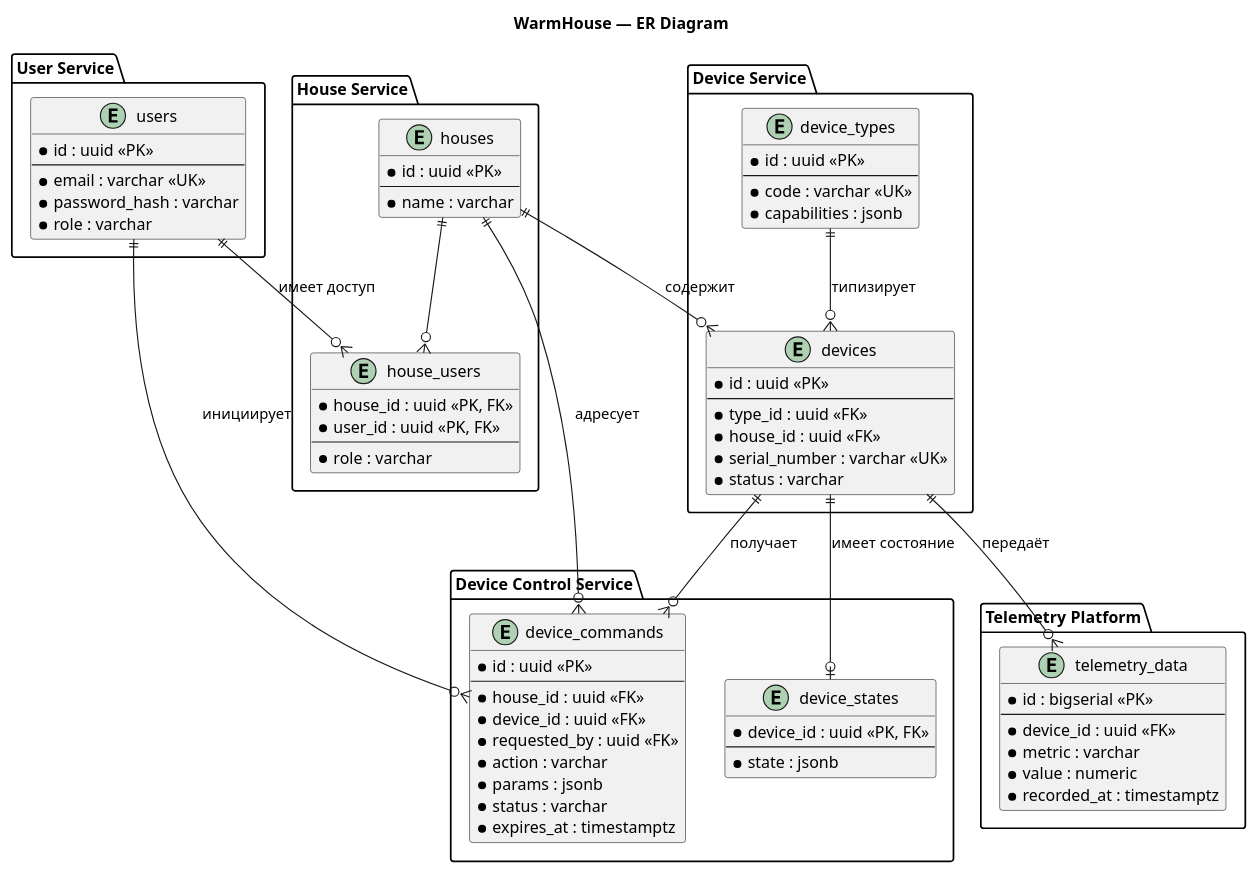
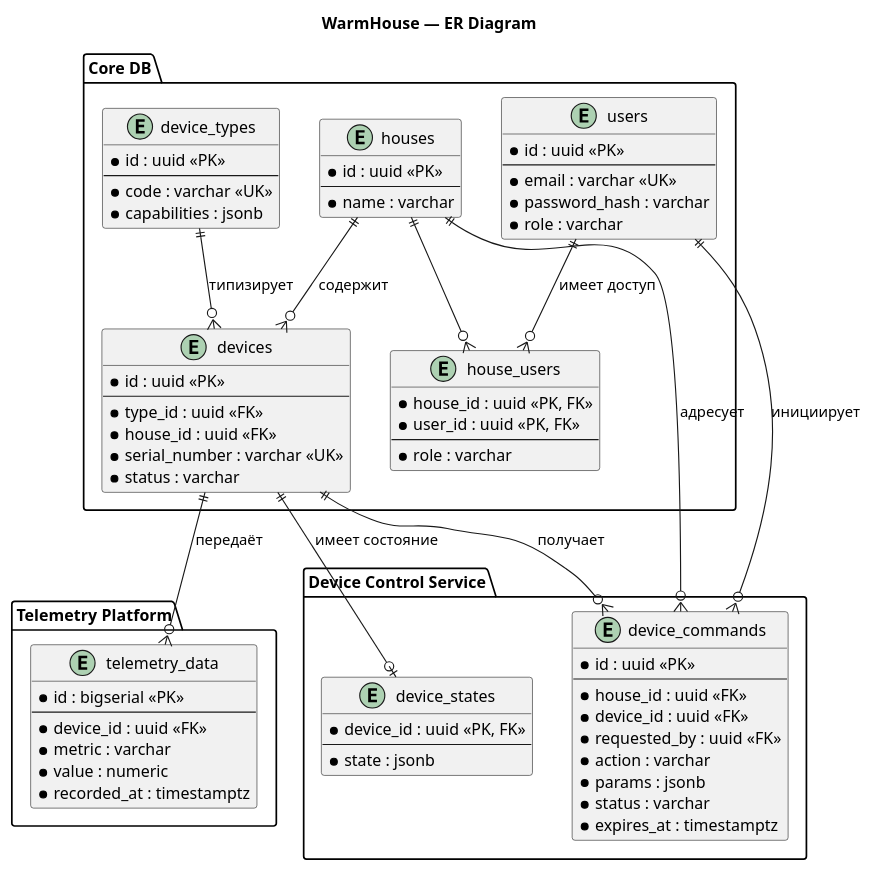
One commit to gadtakoi/architecture-pro-warmhouse changed the diagram in diagrams/Task_3_ER.puml. Above: the diagram before and after it, drawn with PlantUML.

```diff
--- a/diagrams/Task_3_ER.puml
+++ b/diagrams/Task_3_ER.puml
@@ -1,94 +1,88 @@
 @startuml
 title WarmHouse — ER Diagram
 
 
-package "User Service" {
+package "Core DB" {
 
   entity "users" as users {
     * id : uuid <<PK>>
     --
     * email : varchar <<UK>>
     * password_hash : varchar
     * role : varchar
   }
-}
-
-package "House Service" {
 
   entity "houses" as houses {
     * id : uuid <<PK>>
     --
     * name : varchar
   }
 
   entity "house_users" as house_users {
     * house_id : uuid <<PK, FK>>
     * user_id : uuid <<PK, FK>>
     --
     * role : varchar
   }
-}
-
-package "Device Service" {
 
   entity "device_types" as device_types {
     * id : uuid <<PK>>
     --
     * code : varchar <<UK>>
     * capabilities : jsonb
   }
 
   entity "devices" as devices {
     * id : uuid <<PK>>
     --
     * type_id : uuid <<FK>>
     * house_id : uuid <<FK>>
     * serial_number : varchar <<UK>>
     * status : varchar
   }
 }
 
 package "Device Control Service" {
 
   entity "device_states" as device_states {
     * device_id : uuid <<PK, FK>>
     --
     * state : jsonb
   }
 
   entity "device_commands" as device_commands {
     * id : uuid <<PK>>
     --
     * house_id : uuid <<FK>>
     * device_id : uuid <<FK>>
     * requested_by : uuid <<FK>>
     * action : varchar
     * params : jsonb
     * status : varchar
     * expires_at : timestamptz
   }
 }
 
 package "Telemetry Platform" {
 
   entity "telemetry_data" as telemetry_data {
     * id : bigserial <<PK>>
     --
     * device_id : uuid <<FK>>
     * metric : varchar
     * value : numeric
     * recorded_at : timestamptz
   }
 }
 
 users ||--o{ house_users : "имеет доступ"
 houses ||--o{ house_users : ""
 houses ||--o{ devices : "содержит"
 device_types ||--o{ devices : "типизирует"
 devices ||--o| device_states : "имеет состояние"
 houses ||--o{ device_commands : "адресует"
 devices ||--o{ device_commands : "получает"
 users ||--o{ device_commands : "инициирует"
 devices ||--o{ telemetry_data : "передаёт"
 
 @enduml
```
